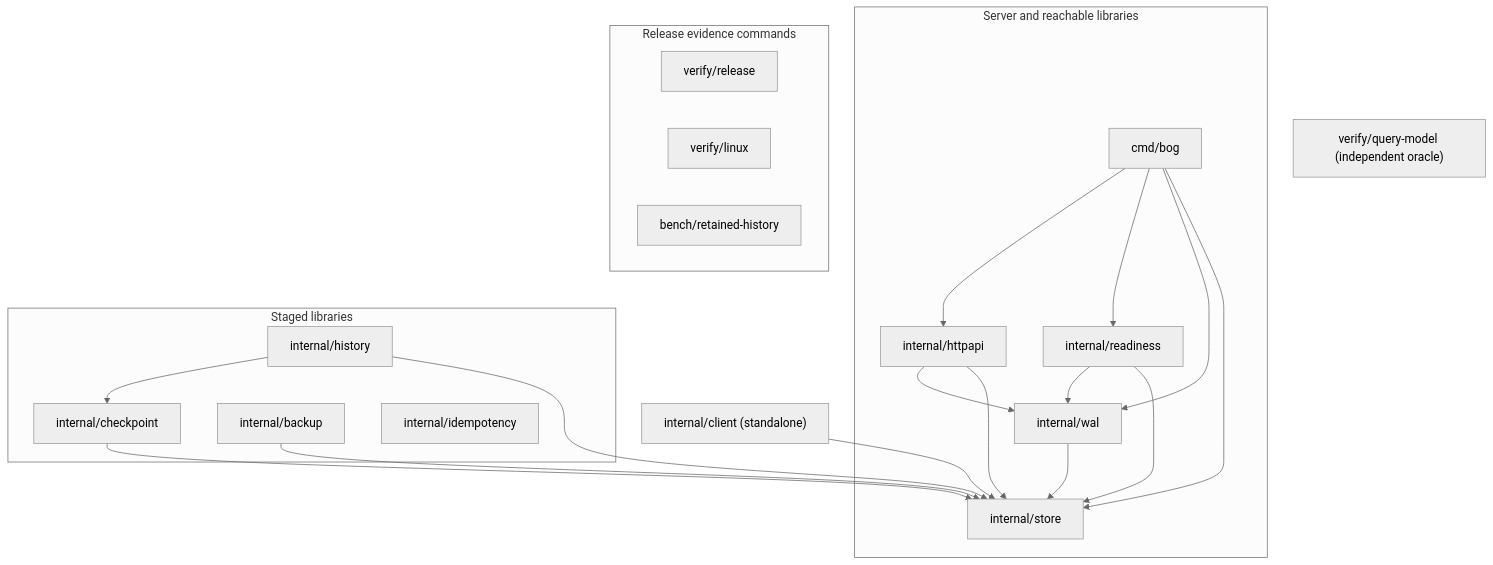
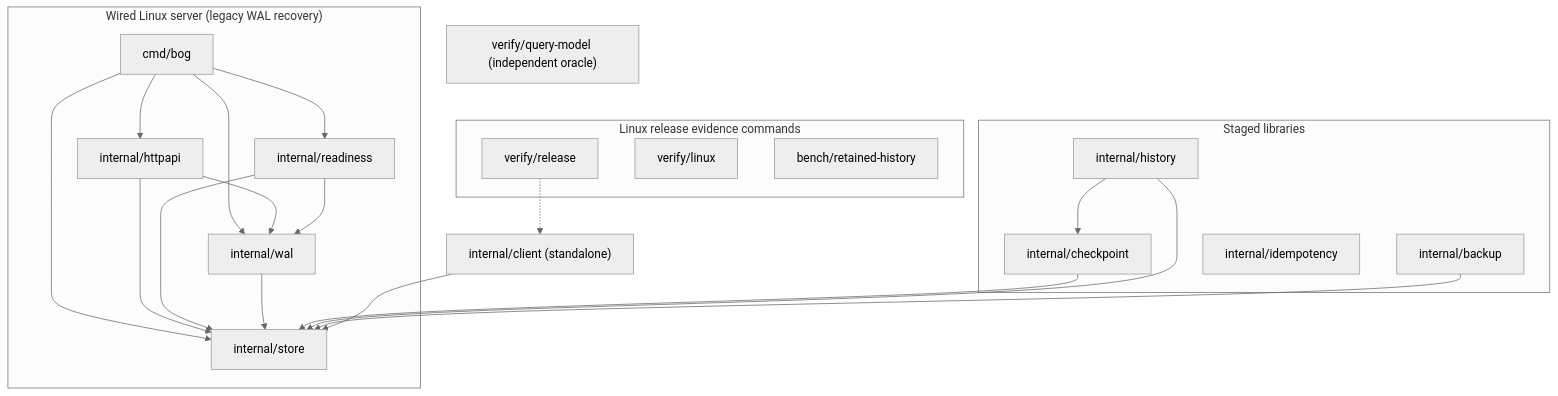
One commit to tflynn3/bog changed the diagram in docs/architecture/SYSTEM.md. Above: the diagram before and after it, drawn with Mermaid (neutral theme). The commit also changed other lines of this file and 8 other files, not shown here.

Commit message:
bog: Land the composed runtime graph and executable boundary checks

````diff
--- a/docs/architecture/SYSTEM.md
+++ b/docs/architecture/SYSTEM.md
@@ -24,37 +25,38 @@
 ```mermaid
 flowchart TD
-    subgraph Runtime["Server and reachable libraries"]
+    subgraph Runtime["Wired Linux server (legacy WAL recovery)"]
         Cmd["cmd/bog"]
         HTTP["internal/httpapi"]
         Ready["internal/readiness"]
         WAL["internal/wal"]
         Store["internal/store"]
         Cmd --> HTTP
         Cmd --> Ready
         Cmd --> WAL
         Cmd --> Store
         HTTP --> WAL
         HTTP --> Store
         Ready --> WAL
         Ready --> Store
         WAL --> Store
     end
     subgraph Staged["Staged libraries"]
         Checkpoint["internal/checkpoint"]
         History["internal/history"]
         Backup["internal/backup"]
         Idempotency["internal/idempotency"]
         History --> Checkpoint
     end
     Checkpoint --> Store
     History --> Store
     Backup --> Store
-    subgraph Evidence["Release evidence commands"]
+    subgraph Evidence["Linux release evidence commands"]
         Admission["verify/release"]
         Durability["verify/linux"]
         Capacity["bench/retained-history"]
     end
     Client["internal/client (standalone)"]
     Model["verify/query-model (independent oracle)"]
     Client --> Store
+    Admission -.-> Client
 ```
````
